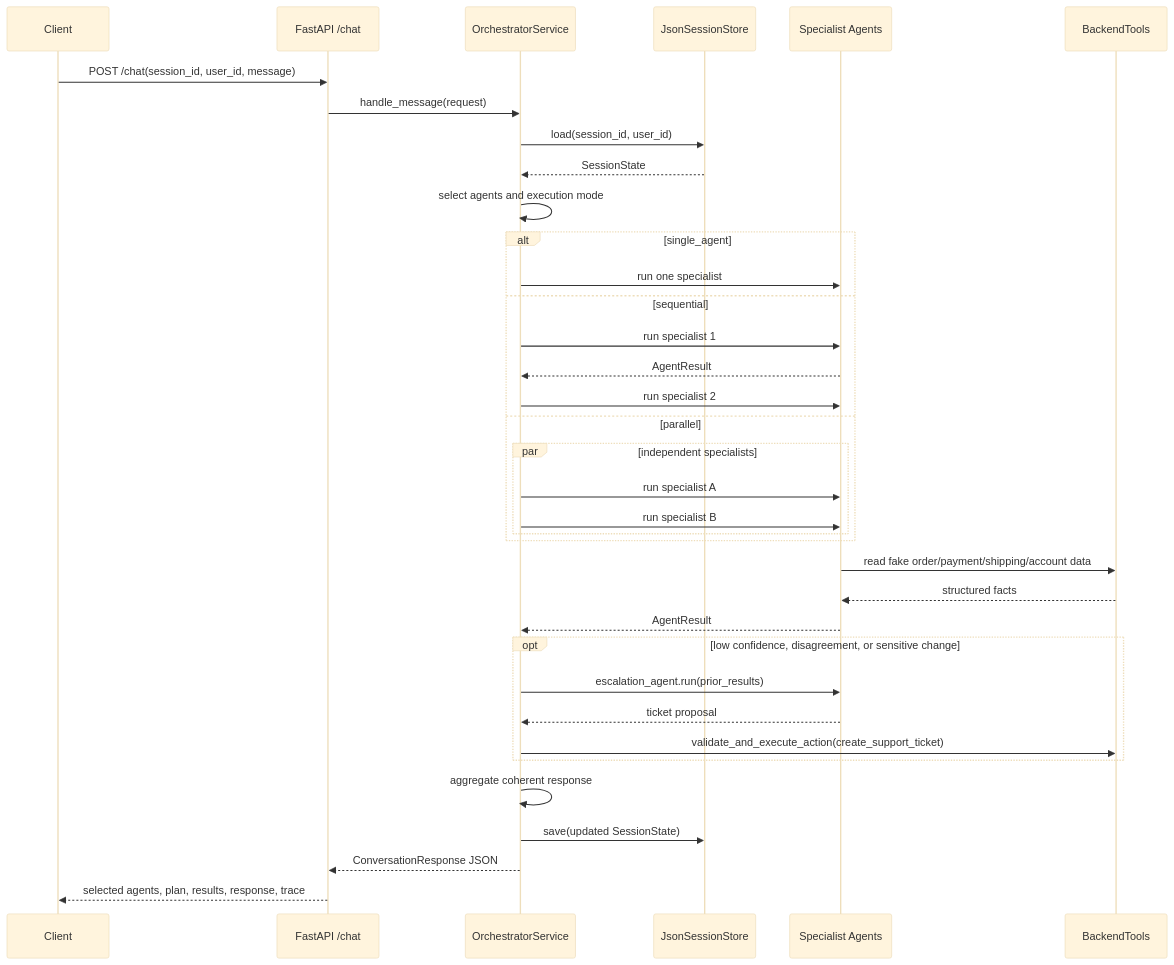
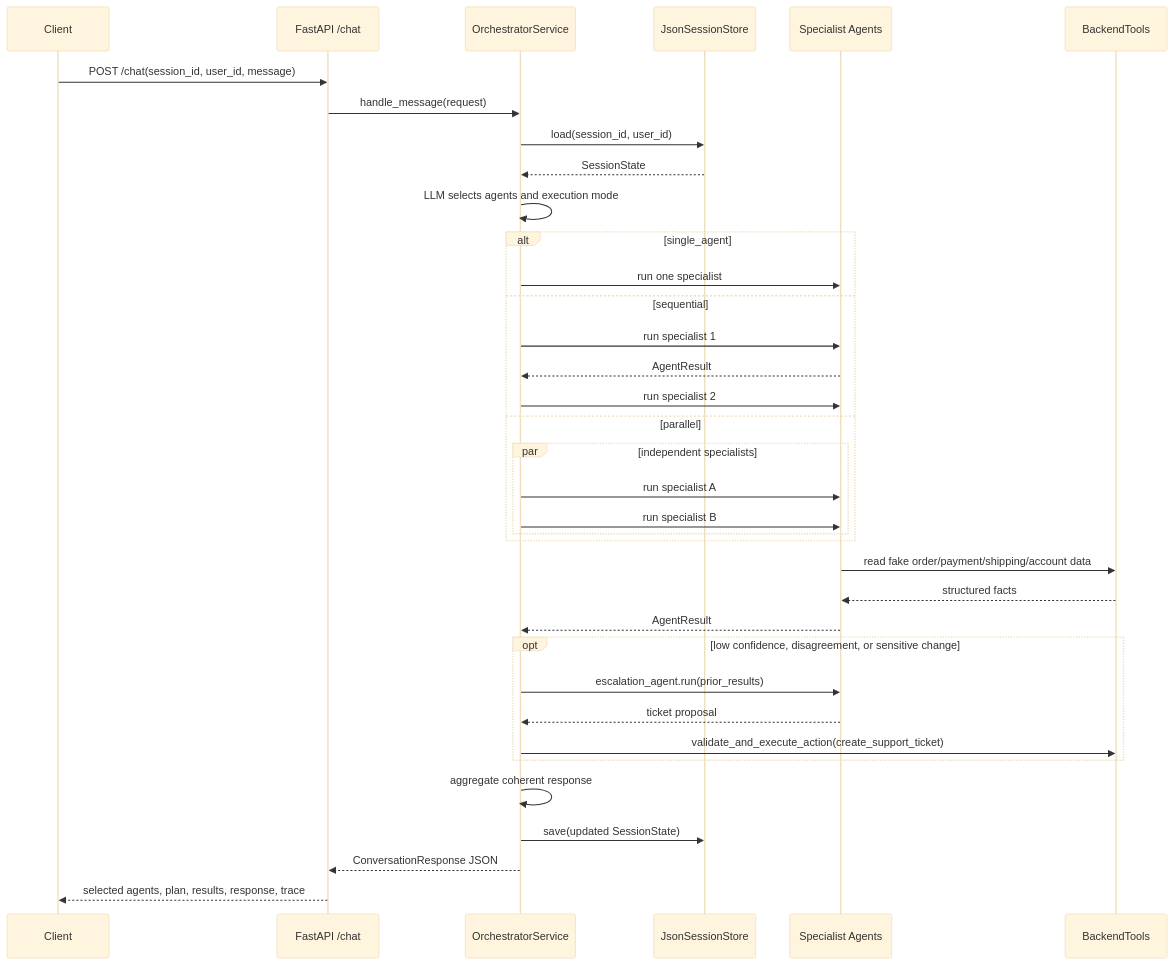
The diagram in docs/architecture.md (xlu-agentic-systems/agentic-system-lab), drawn with Mermaid (base theme) before and after one commit. The commit also changed other lines of this file and 8 other files, not shown here.

````diff
--- a/docs/architecture.md
+++ b/docs/architecture.md
@@ -17,39 +18,39 @@
 ```mermaid
 sequenceDiagram
     participant C as Client
     participant API as FastAPI /chat
     participant O as OrchestratorService
     participant S as JsonSessionStore
     participant A as Specialist Agents
     participant T as BackendTools
 
     C->>API: POST /chat(session_id, user_id, message)
     API->>O: handle_message(request)
     O->>S: load(session_id, user_id)
     S-->>O: SessionState
-    O->>O: select agents and execution mode
+    O->>O: LLM selects agents and execution mode
     alt single_agent
         O->>A: run one specialist
     else sequential
         O->>A: run specialist 1
         A-->>O: AgentResult
         O->>A: run specialist 2
     else parallel
         par independent specialists
             O->>A: run specialist A
             O->>A: run specialist B
         end
     end
     A->>T: read fake order/payment/shipping/account data
     T-->>A: structured facts
     A-->>O: AgentResult
     opt low confidence, disagreement, or sensitive change
         O->>A: escalation_agent.run(prior_results)
         A-->>O: ticket proposal
         O->>T: validate_and_execute_action(create_support_ticket)
     end
     O->>O: aggregate coherent response
     O->>S: save(updated SessionState)
     O-->>API: ConversationResponse JSON
     API-->>C: selected agents, plan, results, response, trace
 ```
````
